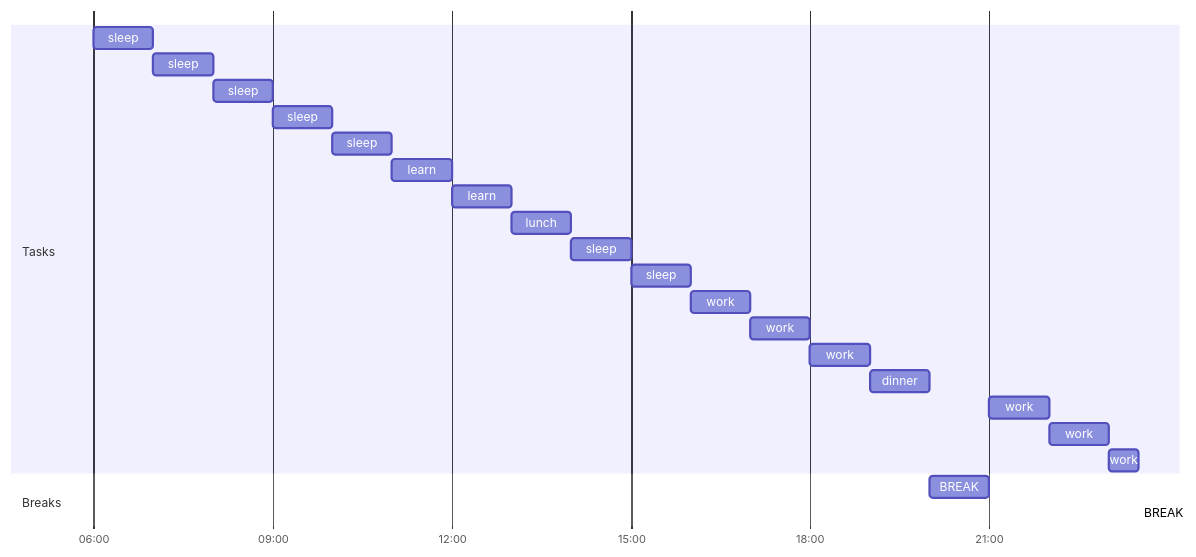
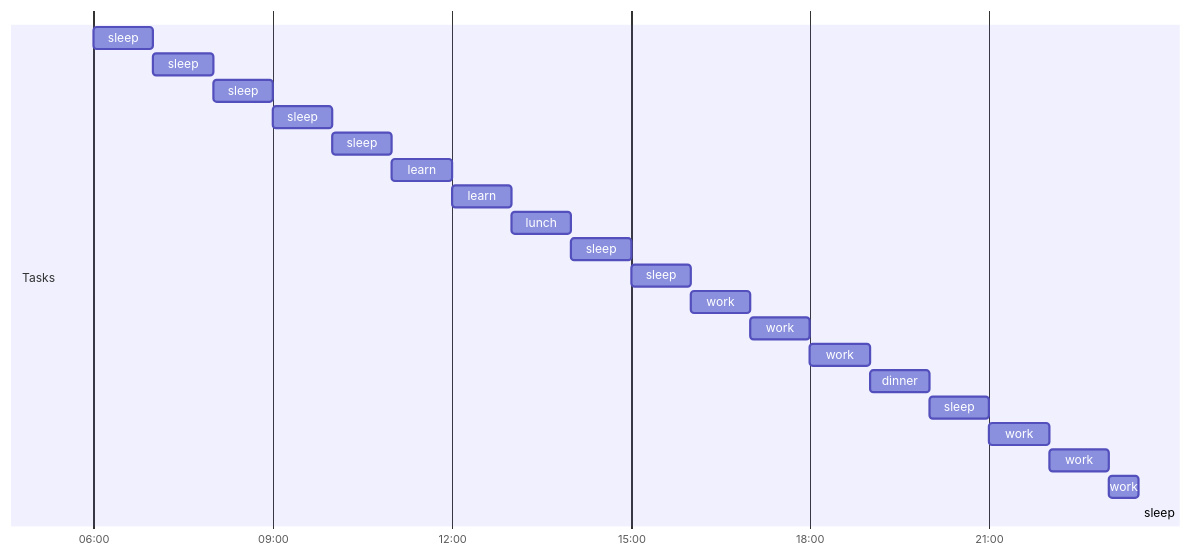
The diagram in 日誌/Day Planners/Day Planner-20230827.md (ninjaicho/MyNotes), drawn with Mermaid before and after one commit. The commit also changed other lines of this file and 2 other files, not shown here.

Commit message:
vault backup: 2023-08-27 16:19:27

````diff
--- a/日誌/Day Planners/Day Planner-20230827.md
+++ b/日誌/Day Planners/Day Planner-20230827.md
@@ -1,27 +1,28 @@
 ```mermaid
 gantt
     dateFormat  HH-mm
     axisFormat %H:%M
-    %% Current Time: 下午4:14:20
+    %% Current Time: 下午4:19:27
     section Tasks
     sleep     :06-00, 60m
     sleep     :07-00, 60m
     sleep     :08-00, 60m
     sleep     :09-00, 60m
     sleep     :10-00, 60m
     learn     :11-00, 60m
     learn     :12-00, 60m
     lunch     :13-00, 60m
     sleep     :14-00, 60m
     sleep     :15-00, 60m
     work     :16-00, 60m
     work     :17-00, 60m
     work     :18-00, 60m
     dinner     :19-00, 60m
+    sleep     :20-00, 60m
     work     :21-00, 60m
     work     :22-00, 60m
     work     :23-00, 30m
+    sleep     :23-30, 0m
     section Breaks
-    BREAK     :20-00, 60m
-    BREAK     :23-30, 0m
+
 ```
````
